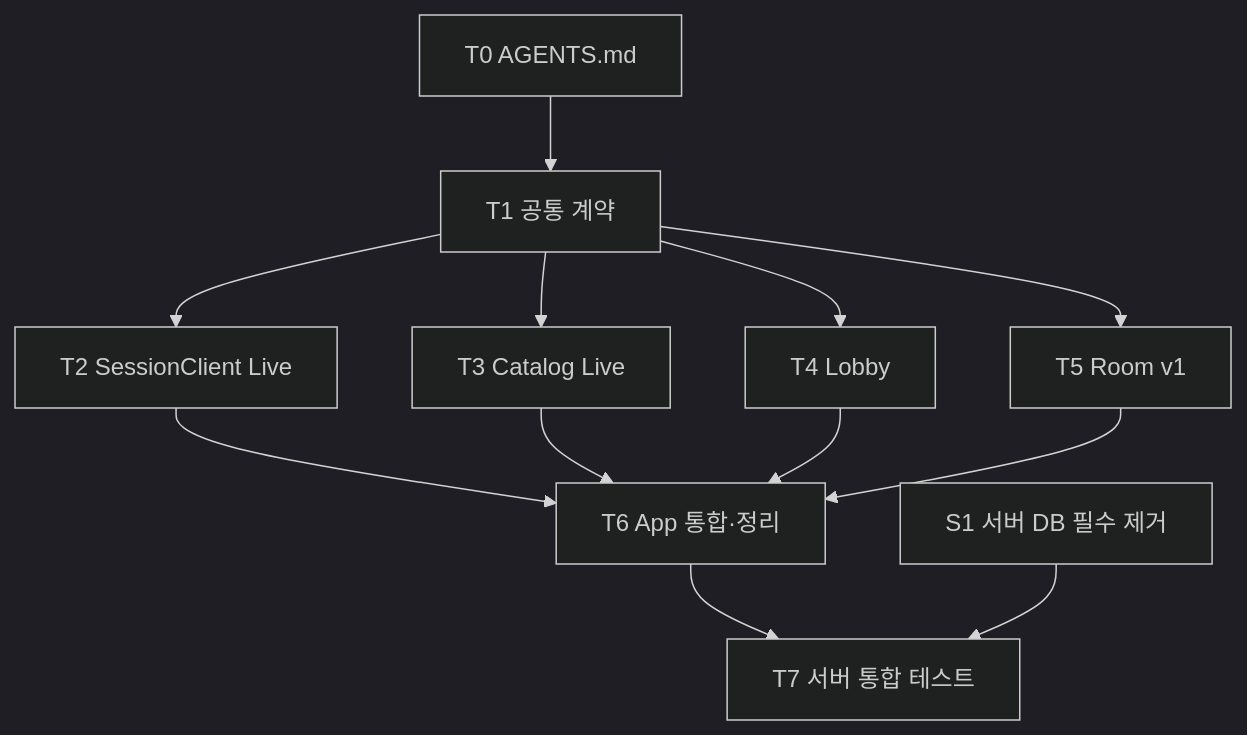
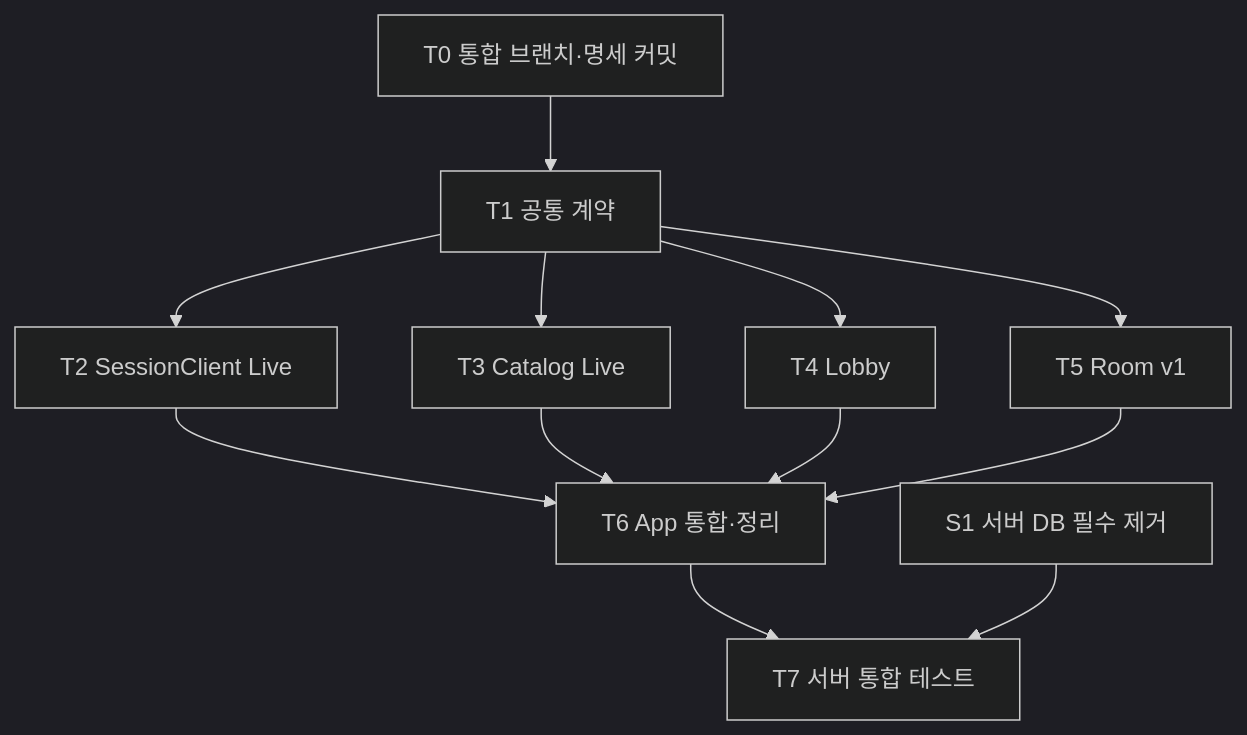
Before and after one commit to temp-pj/Earie-iOS: the diagram in docs/specs/random-matchmaking/tasks.md, drawn with Mermaid (dark theme). The commit also changed other lines of this file, not shown here.

Commit message:
[Chore] 통합 브랜치 흐름과 S1 기준 브랜치 반영

````diff
--- a/docs/specs/random-matchmaking/tasks.md
+++ b/docs/specs/random-matchmaking/tasks.md
@@ -46,14 +46,14 @@
 ```mermaid
 flowchart TD
-  T0["T0 AGENTS.md"] --> T1["T1 공통 계약"]
+  T0["T0 통합 브랜치·명세 커밋"] --> T1["T1 공통 계약"]
   T1 --> T2["T2 SessionClient Live"]
   T1 --> T3["T3 Catalog Live"]
   T1 --> T4["T4 Lobby"]
   T1 --> T5["T5 Room v1"]
   T2 --> T6["T6 App 통합·정리"]
   T3 --> T6
   T4 --> T6
   T5 --> T6
   T6 --> T7["T7 서버 통합 테스트"]
   S1["S1 서버 DB 필수 제거"] --> T7
 ```
````
